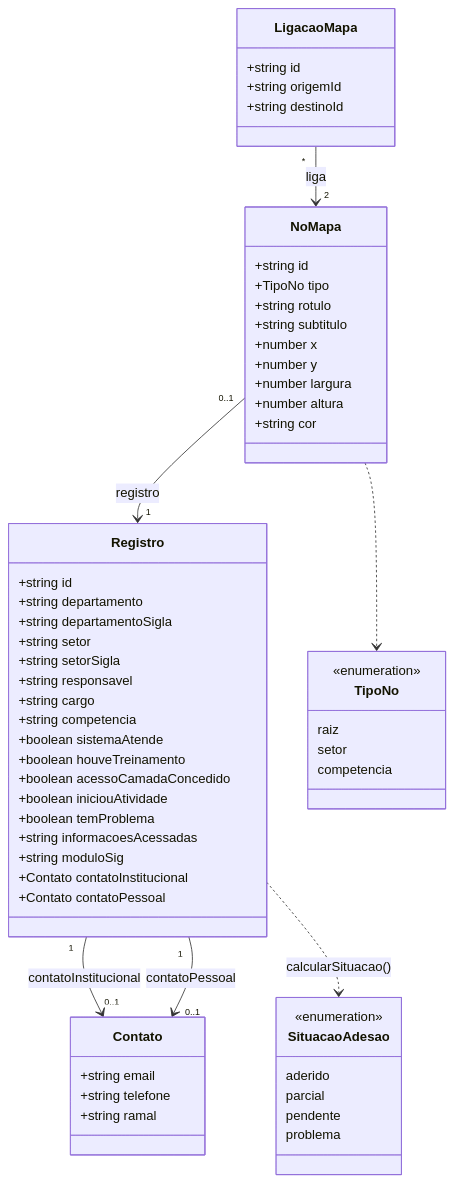
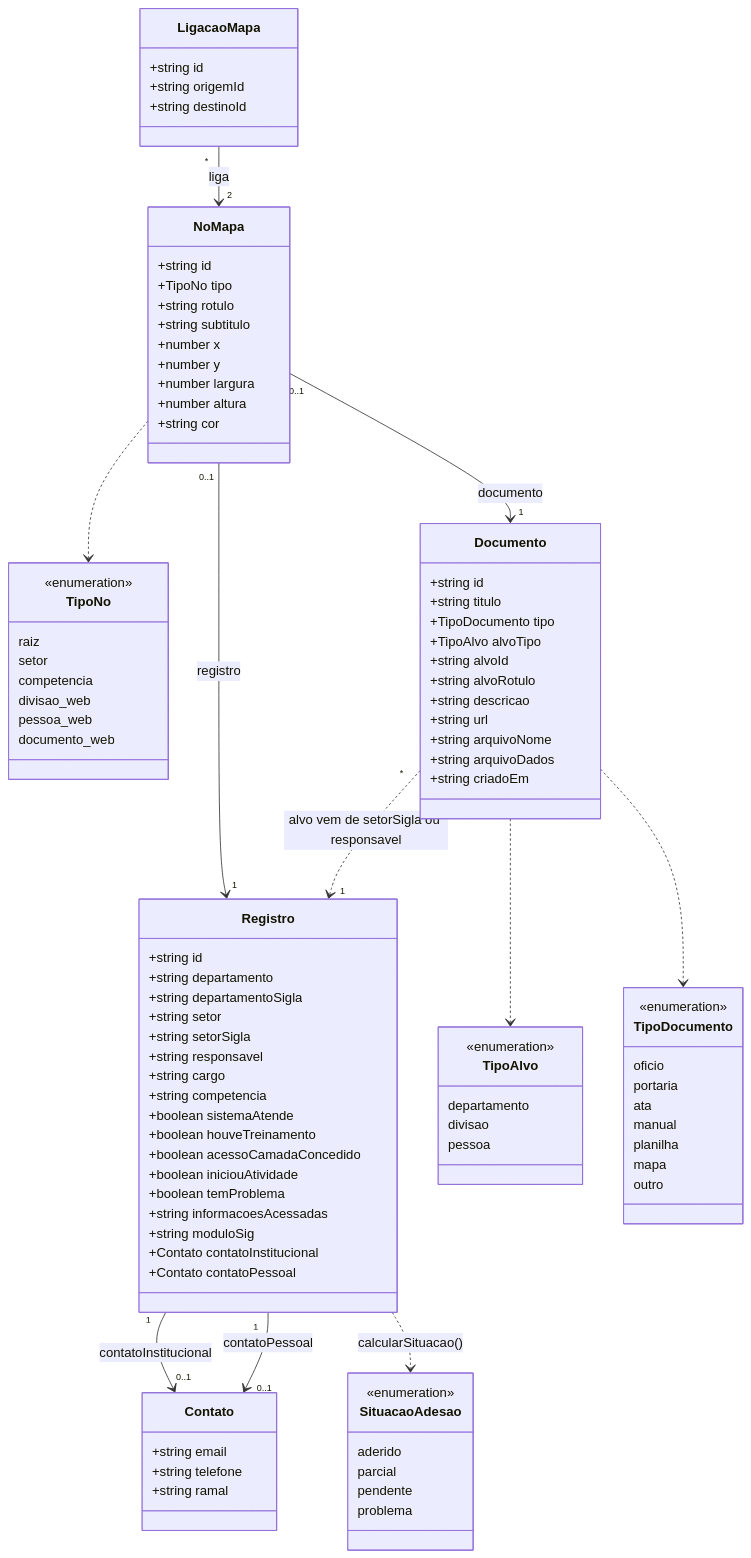
The second of 4 diagrams in README.md (DevFLeo/NotaDASI), drawn with Mermaid before and after one commit. The commit also changed other lines of this file and 22 other files, not shown here.

Commit message:
git commit -m "feat: web application com React, TypeScript, e Vite; Motivo: Implementação inicial da aplicação web com funcionalidades básicas e estrutura de pastas organizada." git push origin ambiente-teste-1 git status git log --oneline --graph --decorate --all git checkout main

````diff
--- a/README.md
+++ b/README.md
@@ -163,6 +179,9 @@
         raiz
         setor
         competencia
+        divisao_web
+        pessoa_web
+        documento_web
     }
 
     class LigacaoMapa {
@@ -171,10 +190,46 @@
         +string destinoId
     }
 
+    class Documento {
+        +string id
+        +string titulo
+        +TipoDocumento tipo
+        +TipoAlvo alvoTipo
+        +string alvoId
+        +string alvoRotulo
+        +string descricao
+        +string url
+        +string arquivoNome
+        +string arquivoDados
+        +string criadoEm
+    }
+
+    class TipoAlvo {
+        <<enumeration>>
+        departamento
+        divisao
+        pessoa
+    }
+
+    class TipoDocumento {
+        <<enumeration>>
+        oficio
+        portaria
+        ata
+        manual
+        planilha
+        mapa
+        outro
+    }
+
     Registro "1" --> "0..1" Contato : contatoInstitucional
     Registro "1" --> "0..1" Contato : contatoPessoal
     Registro ..> SituacaoAdesao : calcularSituacao()
     NoMapa "0..1" --> "1" Registro : registro
+    NoMapa "0..1" --> "1" Documento : documento
     NoMapa ..> TipoNo
     LigacaoMapa "*" --> "2" NoMapa : liga
+    Documento ..> TipoAlvo
+    Documento ..> TipoDocumento
+    Documento "*" ..> "1" Registro : alvo vem de setorSigla ou responsavel
 ```
````
